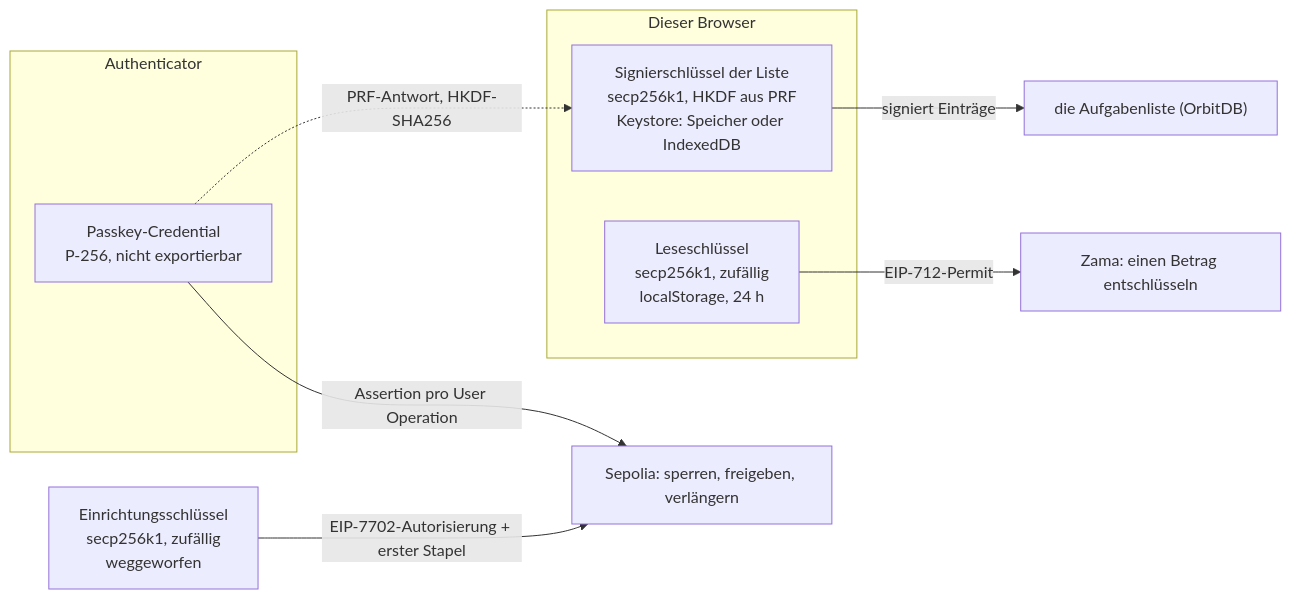
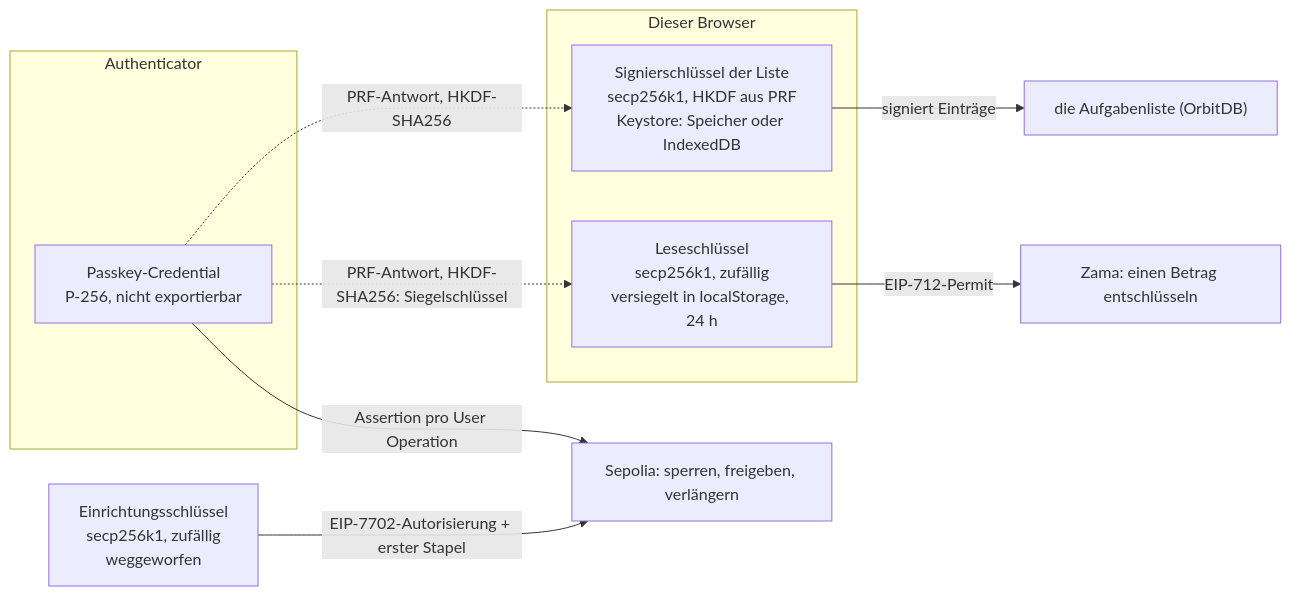
One commit to Le-Space/simple-todo changed the diagram in apps/escrow01/docs/keys.de.md. Above: the diagram before and after it, drawn with Mermaid. The commit also changed other lines of this file and 1 other file, not shown here.

First line of the commit message:
docs(escrow01): the keys page catches up with the sealed read key

````diff
--- a/apps/escrow01/docs/keys.de.md
+++ b/apps/escrow01/docs/keys.de.md
@@ -49,16 +53,17 @@
 ```mermaid
 flowchart LR
   subgraph hw["Authenticator"]
     cred["Passkey-Credential<br/>P-256, nicht exportierbar"]
   end
   subgraph browser["Dieser Browser"]
     sign["Signierschlüssel der Liste<br/>secp256k1, HKDF aus PRF<br/>Keystore: Speicher oder IndexedDB"]
-    read["Leseschlüssel<br/>secp256k1, zufällig<br/>localStorage, 24 h"]
+    read["Leseschlüssel<br/>secp256k1, zufällig<br/>versiegelt in localStorage, 24 h"]
   end
   setup["Einrichtungsschlüssel<br/>secp256k1, zufällig<br/>weggeworfen"]
   cred -->|"Assertion pro User Operation"| chain["Sepolia: sperren, freigeben, verlängern"]
   cred -.->|"PRF-Antwort, HKDF-SHA256"| sign
   sign -->|"signiert Einträge"| list["die Aufgabenliste (OrbitDB)"]
   setup -->|"EIP-7702-Autorisierung + erster Stapel"| chain
+  cred -.->|"PRF-Antwort, HKDF-SHA256: Siegelschlüssel"| read
   read -->|"EIP-712-Permit"| zama["Zama: einen Betrag entschlüsseln"]
 ```
````
